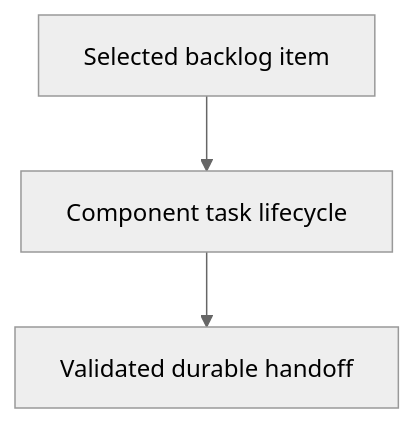
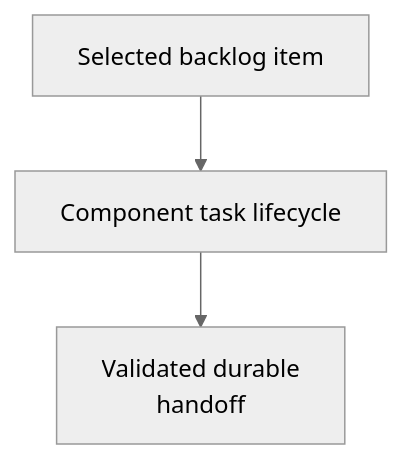
Before and after one commit to abstract-business-systems/as-is: the diagram in skills/implementing-component-tasks/as-is.md, drawn with Mermaid (neutral theme). The commit also changed 47 other files, not shown here.

Commit message:
docs(diagrams): improve Mermaid readability validation

````diff
--- a/skills/implementing-component-tasks/as-is.md
+++ b/skills/implementing-component-tasks/as-is.md
@@ -18,5 +18,5 @@
 ```mermaid
 flowchart TD
     A["Selected backlog item"] --> B["Component task lifecycle"]
-    B --> C["Validated durable handoff"]
+    B --> C["Validated durable<br/>handoff"]
 ```
````
